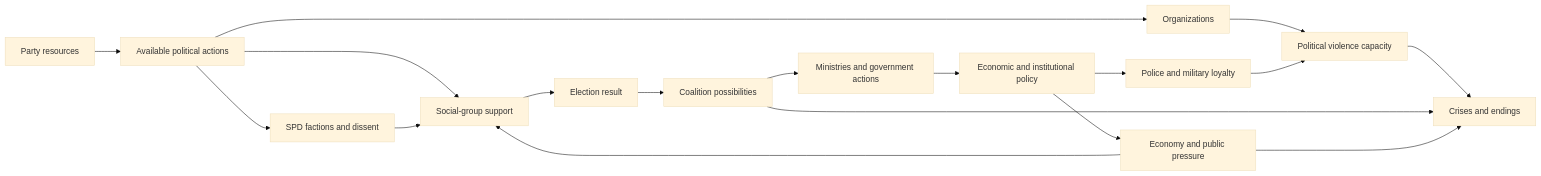
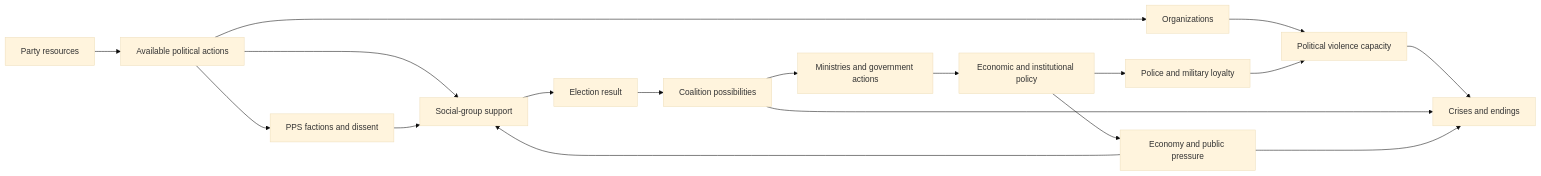
Before and after one commit to kubawyszomirski/2_rp_gra: the third of 3 diagrams in docs/EXECUTIVE_GAME_OVERVIEW.md, drawn with Mermaid (base theme). The commit also changed other lines of this file and 52 other files, not shown here.

Commit message:
Implement PPS factions, militia, and adviser roster

````diff
--- a/docs/EXECUTIVE_GAME_OVERVIEW.md
+++ b/docs/EXECUTIVE_GAME_OVERVIEW.md
@@ -918,20 +948,20 @@
 ```mermaid
 flowchart LR
     R[Party resources] --> A[Available political actions]
     A --> S[Social-group support]
-    A --> F[SPD factions and dissent]
+    A --> F[PPS factions and dissent]
     A --> O[Organizations]
     S --> E[Election result]
     F --> S
     E --> C[Coalition possibilities]
     C --> M[Ministries and government actions]
     M --> P[Economic and institutional policy]
     P --> X[Economy and public pressure]
     X --> S
     O --> V[Political violence capacity]
     P --> L[Police and military loyalty]
     L --> V
     V --> G[Crises and endings]
     C --> G
     X --> G
 ```
````
